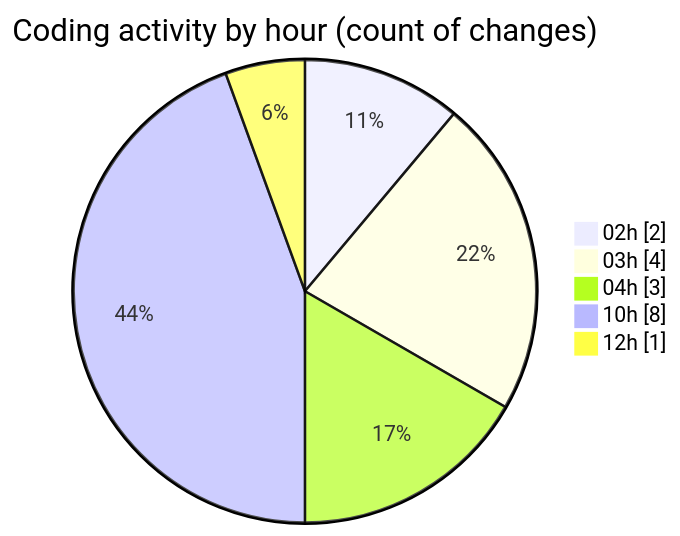
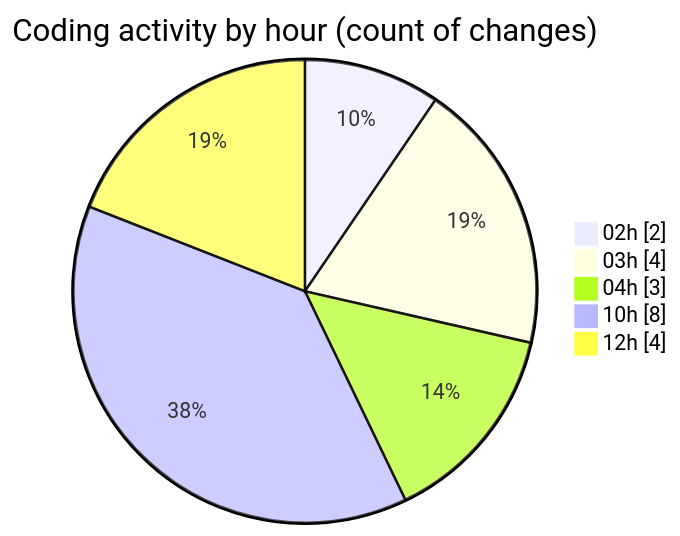
One commit to julien-gomy/code-tracking changed the second of 2 diagrams in 2025-10-23/eventscop-api-guide__workspace_/README.md. Above: the diagram before and after it, drawn with Mermaid. The commit also changed other lines of this file and 1 other file, not shown here.

````diff
--- a/2025-10-23/eventscop-api-guide__workspace_/README.md
+++ b/2025-10-23/eventscop-api-guide__workspace_/README.md
@@ -30,9 +30,9 @@
 ```mermaid
 pie showData
 title Coding activity by hour (count of changes)
 "02h" : 2
 "03h" : 4
 "04h" : 3
 "10h" : 8
-"12h" : 1
+"12h" : 4
 ```
````
